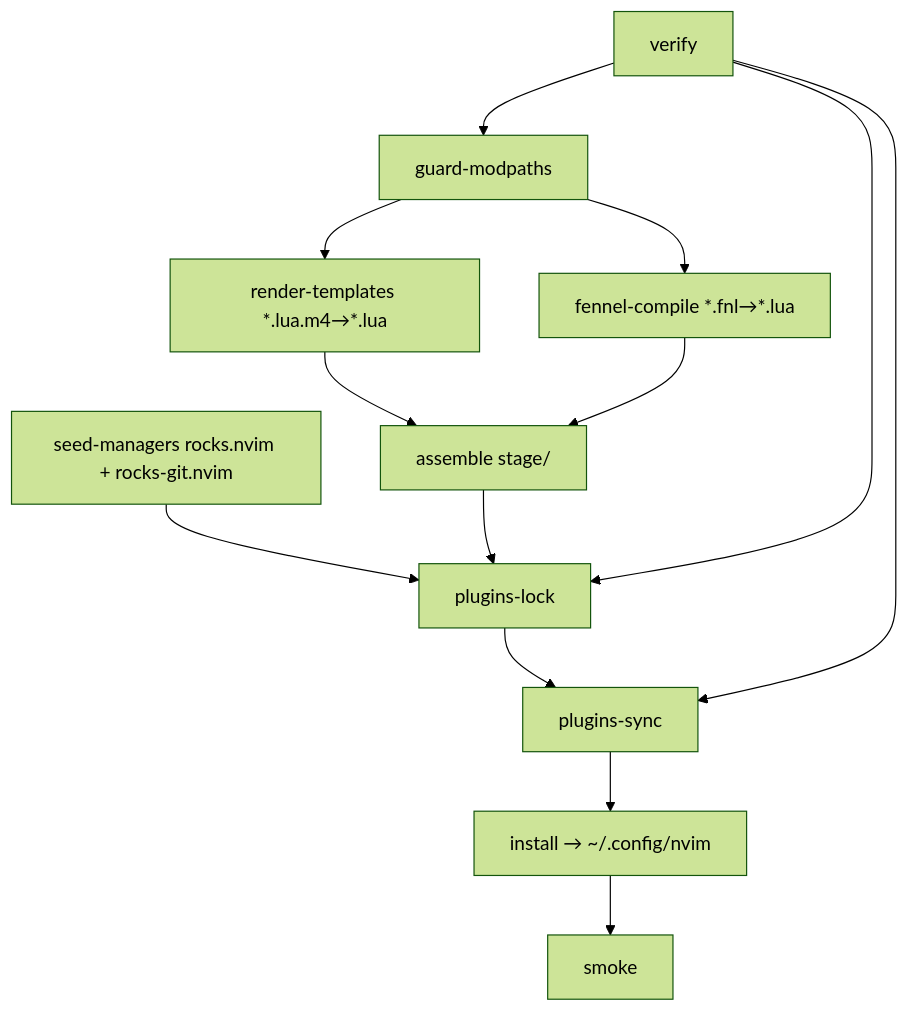
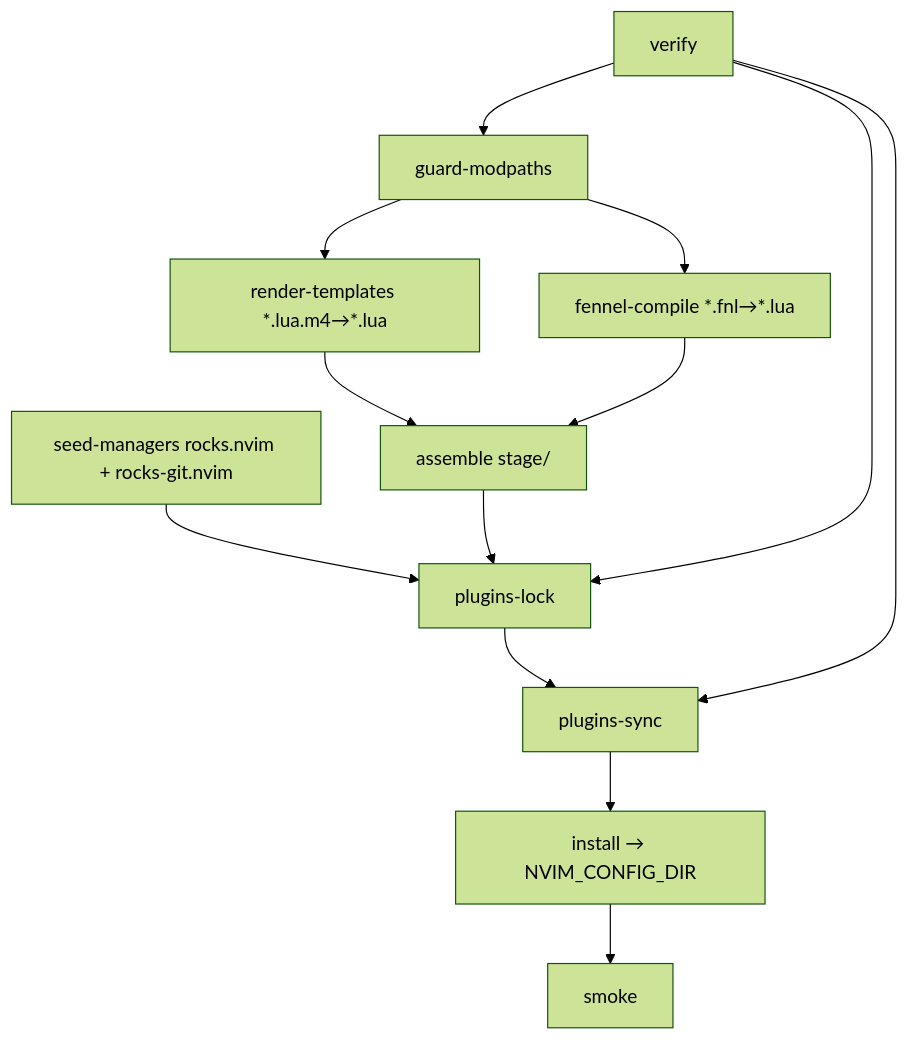
Before and after one commit to andrewjstryker/nvim: the diagram in design.md, drawn with Mermaid (forest theme). The commit also changed other lines of this file, not shown here.

````diff
--- a/design.md
+++ b/design.md
@@ -82,15 +121,15 @@
 ```mermaid
 graph TD
   V[verify] --> G[guard-modpaths]
   G --> T[render-templates *.lua.m4→*.lua]
   G --> F[fennel-compile *.fnl→*.lua]
   T --> A[assemble stage/]
   F --> A
   S[seed-managers rocks.nvim + rocks-git.nvim] --> L[plugins-lock]
   A --> L
   V --> L
   L --> Y[plugins-sync]
   V --> Y
-  Y --> I[install → ~/.config/nvim]
+  Y --> I[install → NVIM_CONFIG_DIR]
   I --> M[smoke]
 ```
````
